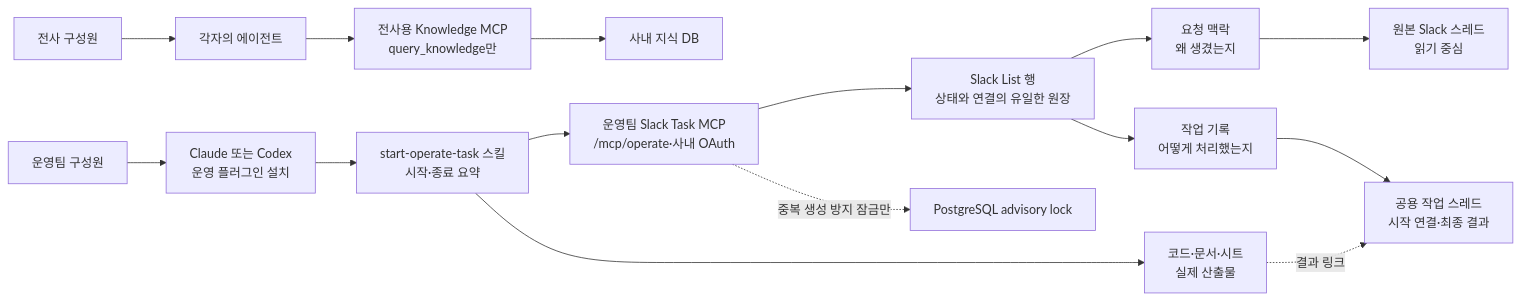
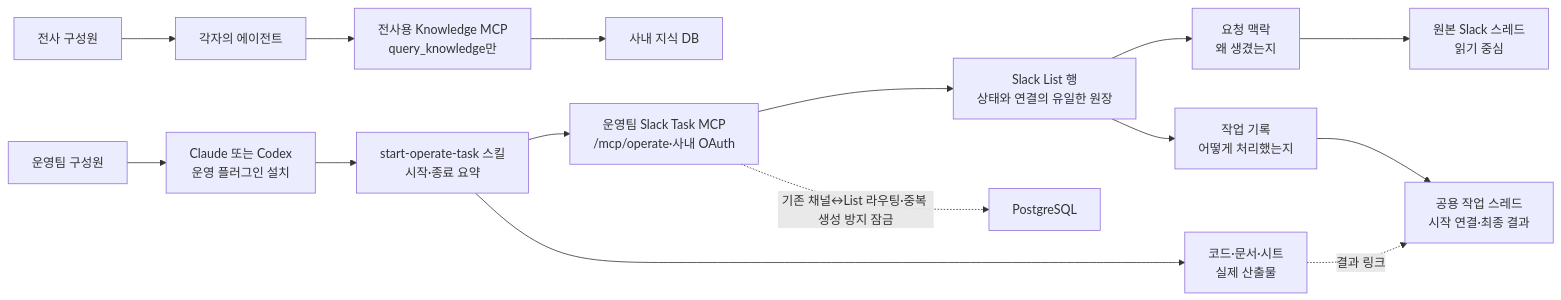
The first of 2 diagrams in docs/slack-list-task-thread-design.md (team-monolith-product/tmn-internal-plugins), drawn with Mermaid before and after one commit. The commit also changed other lines of this file and 2 other files, not shown here.

````diff
--- a/docs/slack-list-task-thread-design.md
+++ b/docs/slack-list-task-thread-design.md
@@ -33,18 +32,18 @@
 ```mermaid
 flowchart LR
     E["전사 구성원"] --> EA["각자의 에이전트"]
     EA --> KM["전사용 Knowledge MCP<br/>query_knowledge만"]
     KM --> KD["사내 지식 DB"]
 
     U["운영팀 구성원"] --> A["Claude 또는 Codex<br/>운영 플러그인 설치"]
     A --> S["start-operate-task 스킬<br/>시작·종료 요약"]
     S --> M["운영팀 Slack Task MCP<br/>/mcp/operate·사내 OAuth"]
     M --> L["Slack List 행<br/>상태와 연결의 유일한 원장"]
     L --> C["요청 맥락<br/>왜 생겼는지"]
     L --> W["작업 기록<br/>어떻게 처리했는지"]
     C --> CT["원본 Slack 스레드<br/>읽기 중심"]
     W --> WT["공용 작업 스레드<br/>시작 연결·최종 결과"]
     S --> O["코드·문서·시트<br/>실제 산출물"]
     O -. "결과 링크" .-> WT
-    M -. "중복 생성 방지 잠금만" .-> DB["PostgreSQL advisory lock"]
+    M -. "기존 채널↔List 라우팅·중복 생성 방지 잠금" .-> DB["PostgreSQL"]
 ```
````
